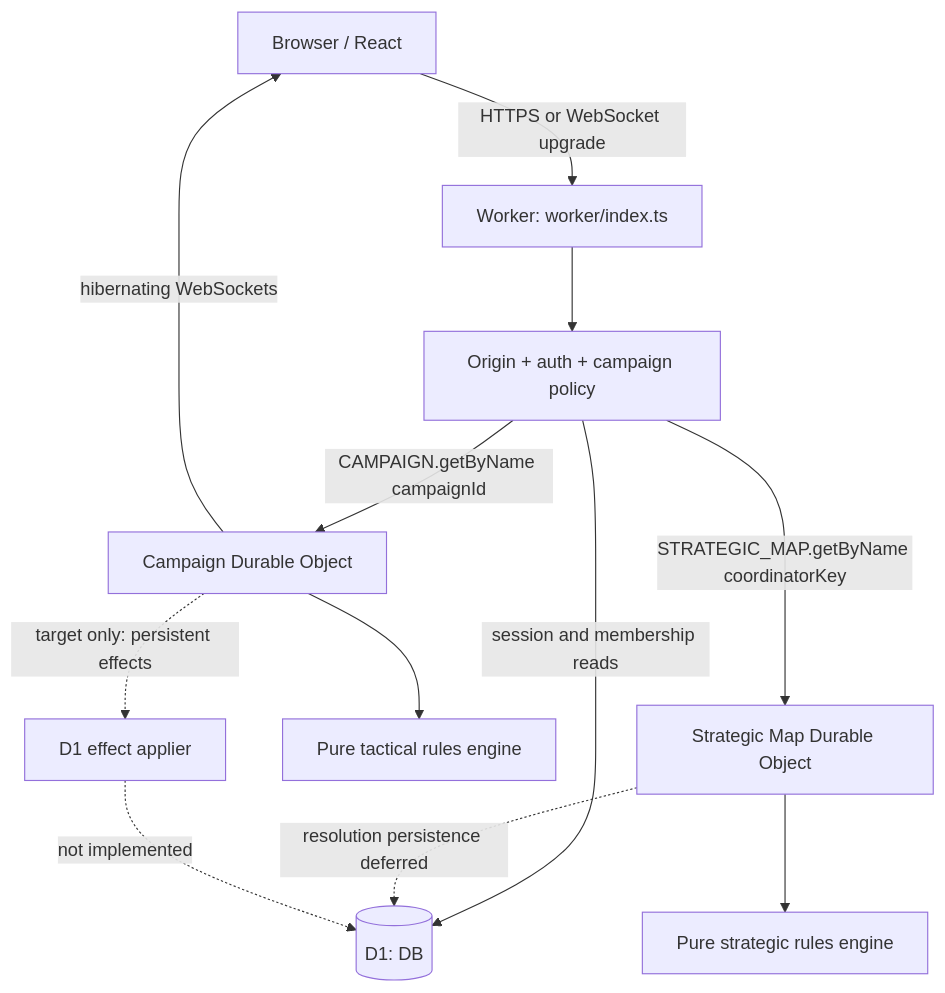
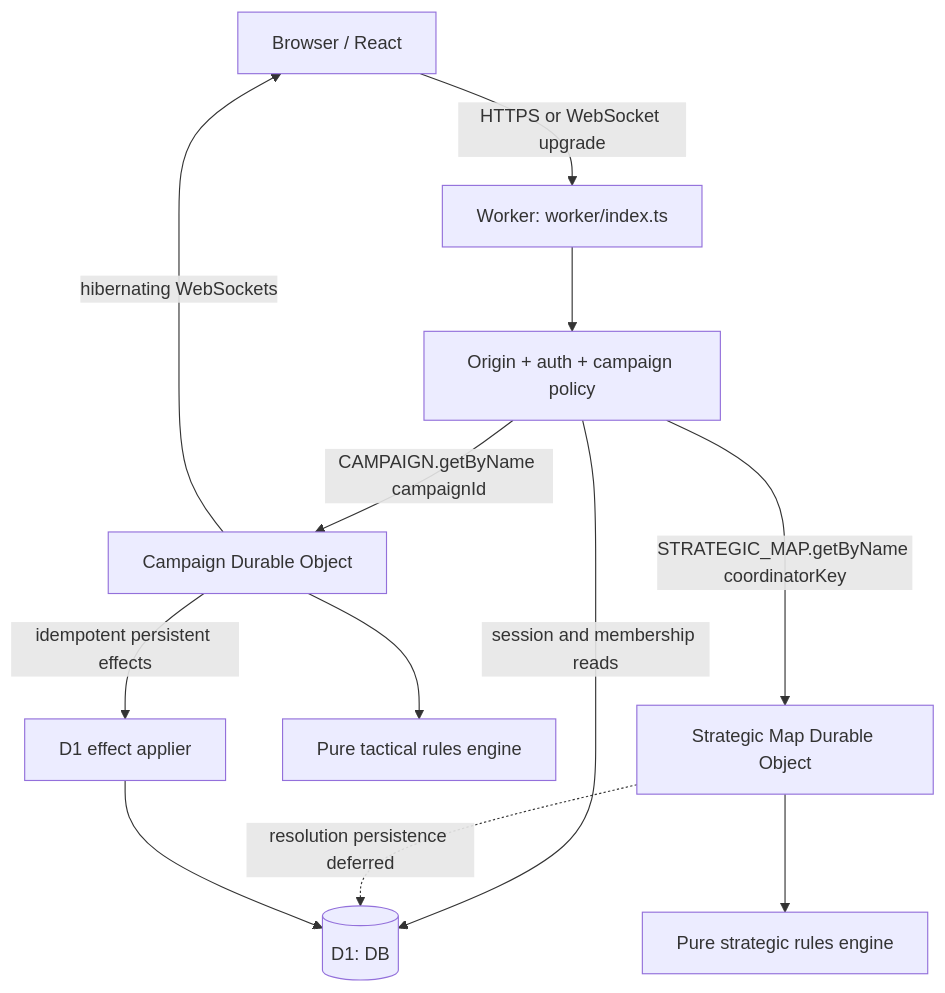
The diagram in docs/CLOUDFLARE.md (jbwod/Corinths-Plight), drawn with Mermaid before and after one commit. The commit also changed other lines of this file and 36 other files, not shown here.

````diff
--- a/docs/CLOUDFLARE.md
+++ b/docs/CLOUDFLARE.md
@@ -19,14 +19,14 @@
 ```mermaid
 flowchart TD
     Client["Browser / React"] -->|HTTPS or WebSocket upgrade| Entry["Worker: worker/index.ts"]
     Entry --> Policy["Origin + auth + campaign policy"]
     Policy -->|session and membership reads| DB[("D1: DB")]
     Policy -->|CAMPAIGN.getByName campaignId| DO["Campaign Durable Object"]
     Policy -->|STRATEGIC_MAP.getByName coordinatorKey| SDO["Strategic Map Durable Object"]
     DO --> Engine["Pure tactical rules engine"]
     SDO --> StrategicEngine["Pure strategic rules engine"]
     DO -->|hibernating WebSockets| Client
-    DO -. "target only: persistent effects" .-> Applier["D1 effect applier"]
+    DO -->|"idempotent persistent effects"| Applier["D1 effect applier"]
     SDO -. "resolution persistence deferred" .-> DB
-    Applier -. "not implemented" .-> DB
+    Applier --> DB
 ```
````
